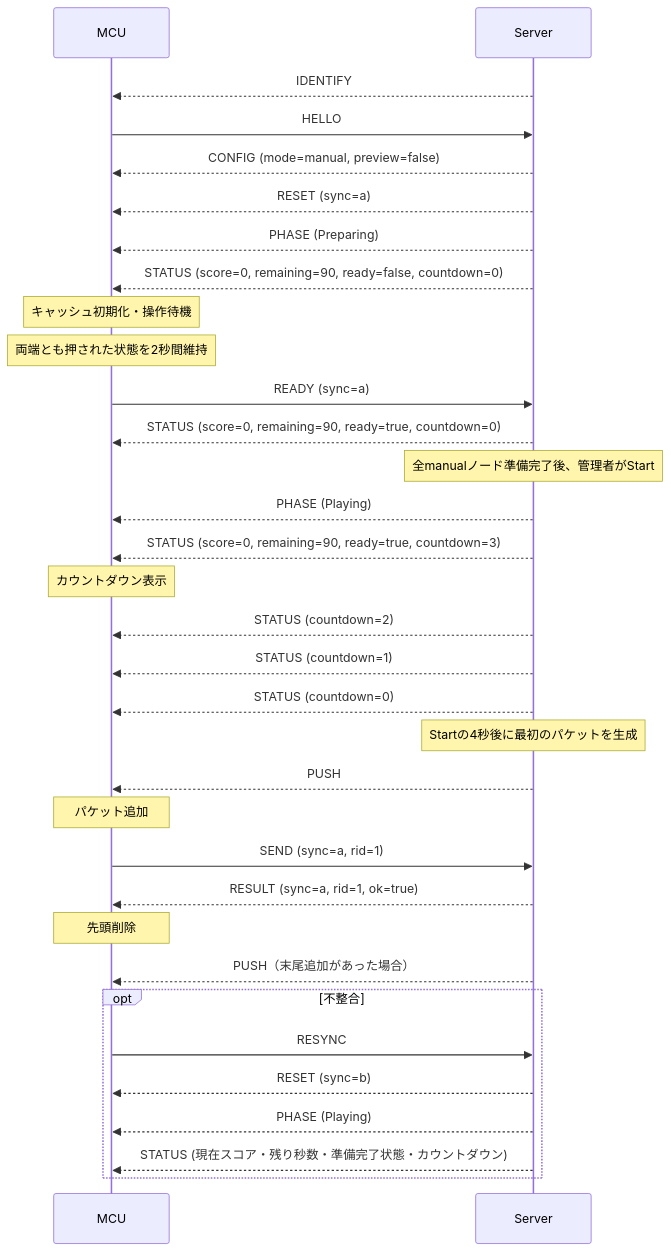
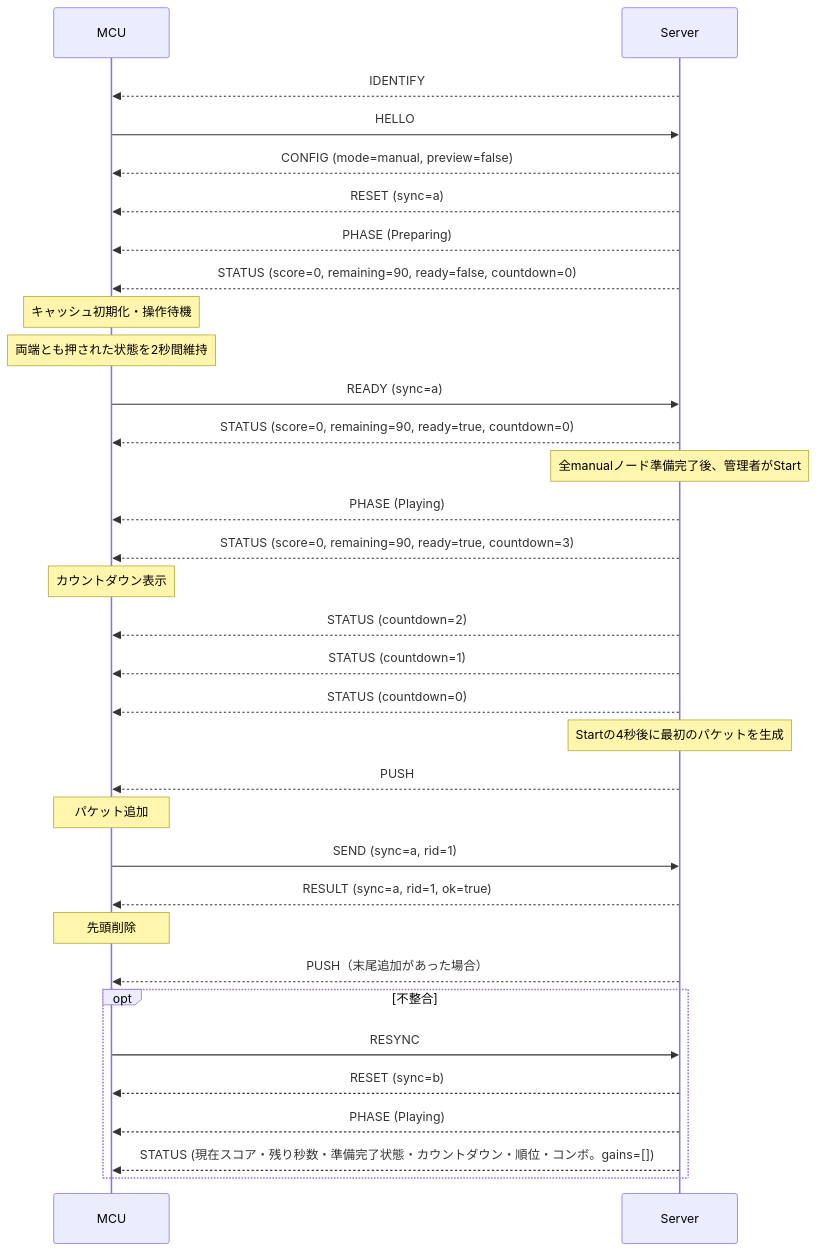
The diagram in docs/spec/player.md (canta-9142/D4_Exhi), drawn with Mermaid before and after one commit. The commit also changed other lines of this file and 1 other file, not shown here.

First line of the commit message:
docs: send the rank, gains and combo in the player status

````diff
--- a/docs/spec/player.md
+++ b/docs/spec/player.md
@@ -421,35 +445,35 @@
 ```mermaid
 sequenceDiagram
     participant M as MCU
     participant S as Server
     S-->>M: IDENTIFY
     M->>S: HELLO
     S-->>M: CONFIG (mode=manual, preview=false)
     S-->>M: RESET (sync=a)
     S-->>M: PHASE (Preparing)
     S-->>M: STATUS (score=0, remaining=90, ready=false, countdown=0)
     Note over M: キャッシュ初期化・操作待機
     Note over M: 両端とも押された状態を2秒間維持
     M->>S: READY (sync=a)
     S-->>M: STATUS (score=0, remaining=90, ready=true, countdown=0)
     Note over S: 全manualノード準備完了後、管理者がStart
     S-->>M: PHASE (Playing)
     S-->>M: STATUS (score=0, remaining=90, ready=true, countdown=3)
     Note over M: カウントダウン表示
     S-->>M: STATUS (countdown=2)
     S-->>M: STATUS (countdown=1)
     S-->>M: STATUS (countdown=0)
     Note over S: Startの4秒後に最初のパケットを生成
     S-->>M: PUSH
     Note over M: パケット追加
     M->>S: SEND (sync=a, rid=1)
     S-->>M: RESULT (sync=a, rid=1, ok=true)
     Note over M: 先頭削除
     S-->>M: PUSH（末尾追加があった場合）
     opt 不整合
         M->>S: RESYNC
         S-->>M: RESET (sync=b)
         S-->>M: PHASE (Playing)
-        S-->>M: STATUS (現在スコア・残り秒数・準備完了状態・カウントダウン)
+        S-->>M: STATUS (現在スコア・残り秒数・準備完了状態・カウントダウン・順位・コンボ。gains=[])
     end
 ```
````
